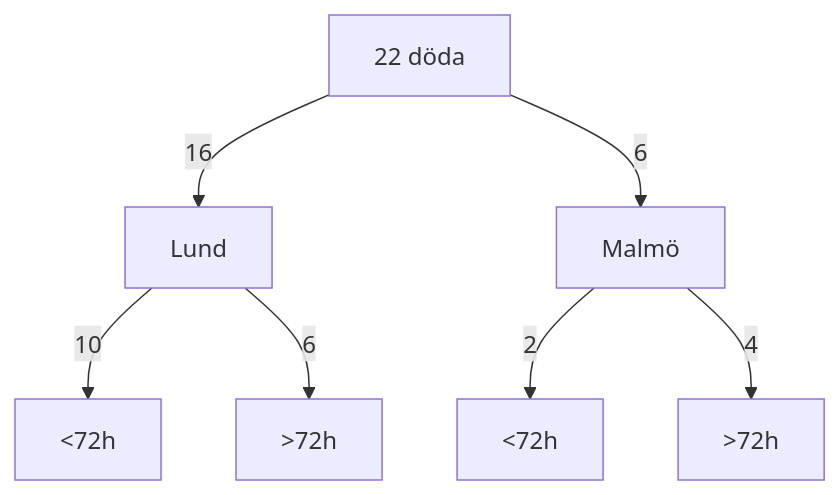
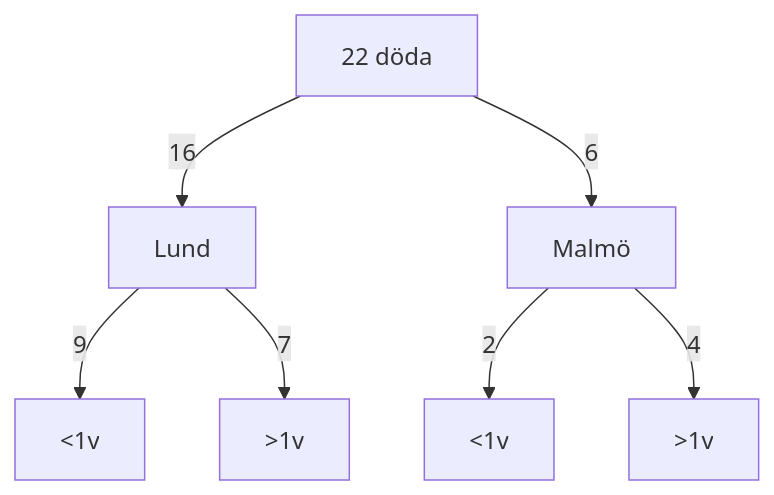
One commit to jsandblom/d22 changed the first of 7 diagrams in slides.md. Above: the diagram before and after it, drawn with Mermaid. The commit also changed other lines of this file, not shown here.

````diff
--- a/slides.md
+++ b/slides.md
@@ -35,9 +33,9 @@
 ```mermaid
 flowchart TD
     A[22 döda] -->|16| B[Lund]
     A -->|6| C[Malmö]
-    B -->|10| F[<72h]
-    B -->|6| G[>72h]
-    C -->|2| D[<72h]
-    C -->|4| E[>72h]
+    B -->|9| F[<1v]
+    B -->|7| G[>1v]
+    C -->|2| D[<1v]
+    C -->|4| E[>1v]
 ```
````
